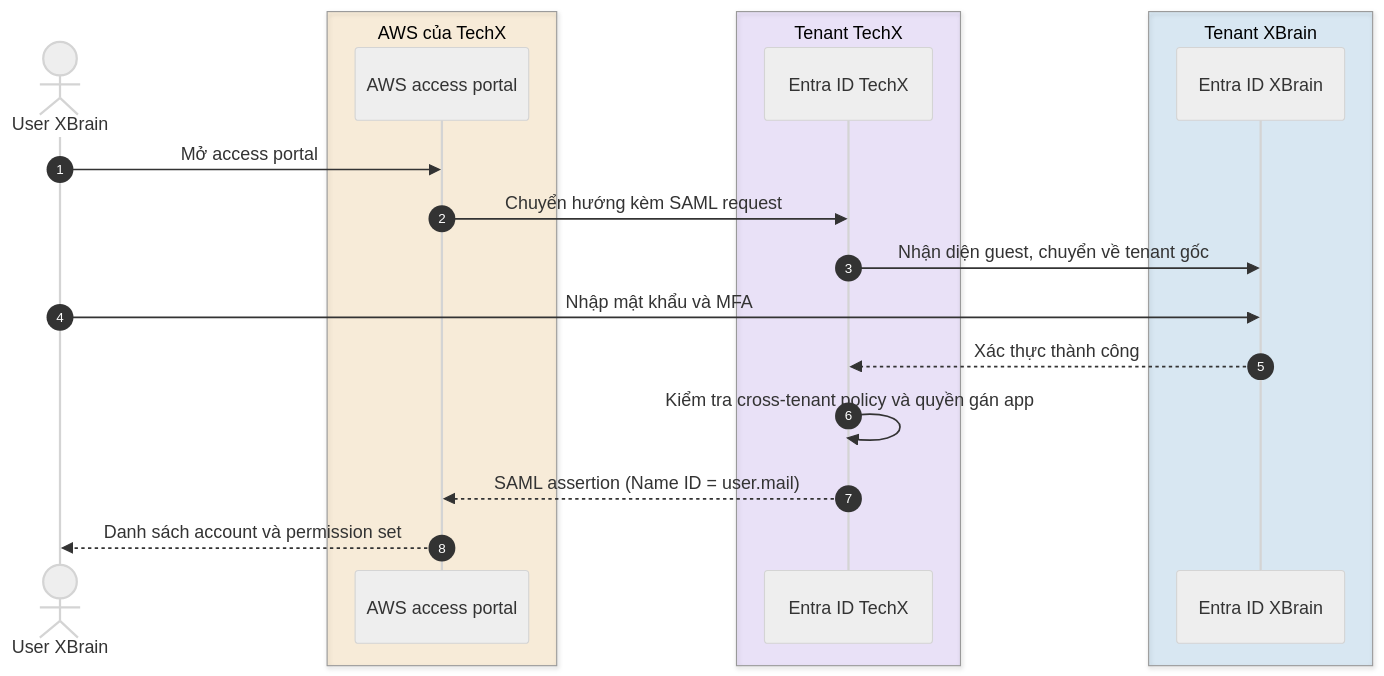
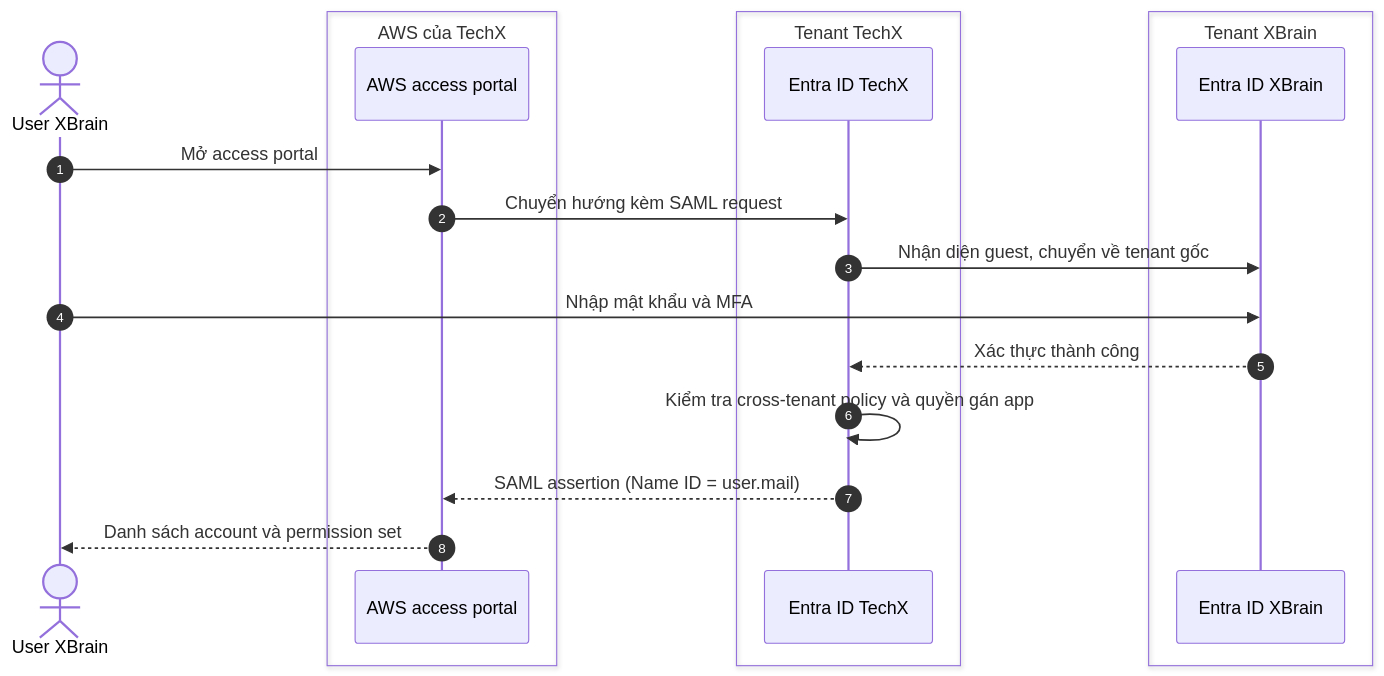
One commit to thidinh-xbrain2/techx-devops-docs changed the diagram in docs/01-cross-tenant-access.md. Above: the diagram before and after it, drawn with Mermaid.

Commit message:
docs(cross-tenant): plain sequence diagram that follows GitHub theme

````diff
--- a/docs/01-cross-tenant-access.md
+++ b/docs/01-cross-tenant-access.md
@@ -26,23 +26,22 @@
 ```mermaid
-%%{init: {"theme": "neutral", "themeVariables": {"fontFamily": "Arial, Helvetica, sans-serif", "fontSize": "14px"}}}%%
 sequenceDiagram
   autonumber
   actor U as User XBrain
-  box rgba(255,153,0,0.12) AWS của TechX
+  box AWS của TechX
     participant AWS as AWS access portal
   end
-  box rgba(140,79,255,0.12) Tenant TechX
+  box Tenant TechX
     participant T as Entra ID TechX
   end
-  box rgba(0,120,212,0.12) Tenant XBrain
+  box Tenant XBrain
     participant X as Entra ID XBrain
   end
   U->>AWS: Mở access portal
   AWS->>T: Chuyển hướng kèm SAML request
   T->>X: Nhận diện guest, chuyển về tenant gốc
   U->>X: Nhập mật khẩu và MFA
   X-->>T: Xác thực thành công
   T->>T: Kiểm tra cross-tenant policy và quyền gán app
   T-->>AWS: SAML assertion (Name ID = user.mail)
   AWS-->>U: Danh sách account và permission set
 ```
````
